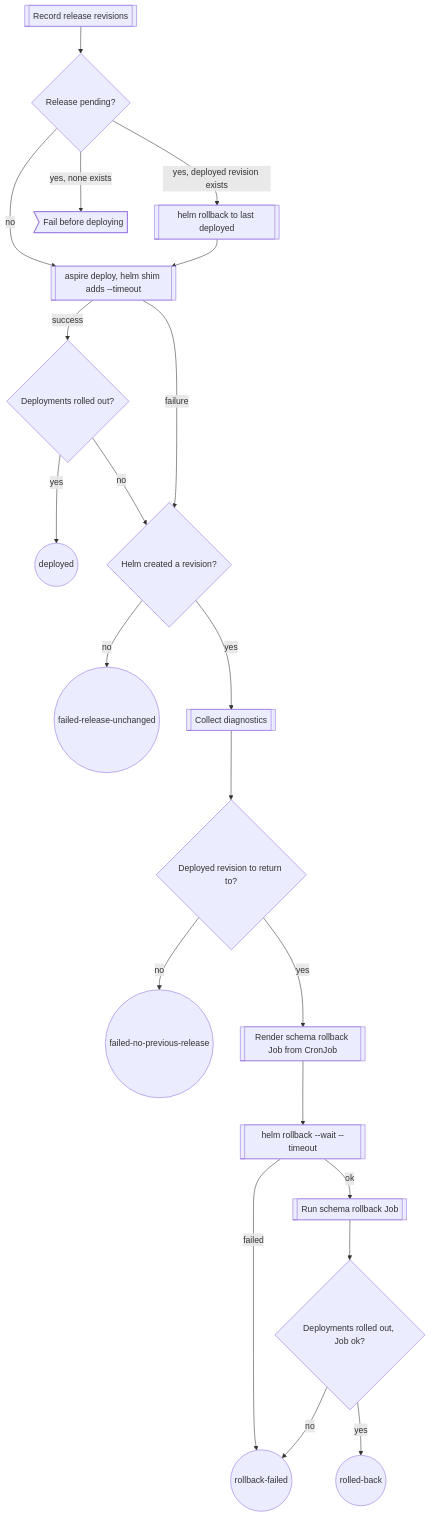
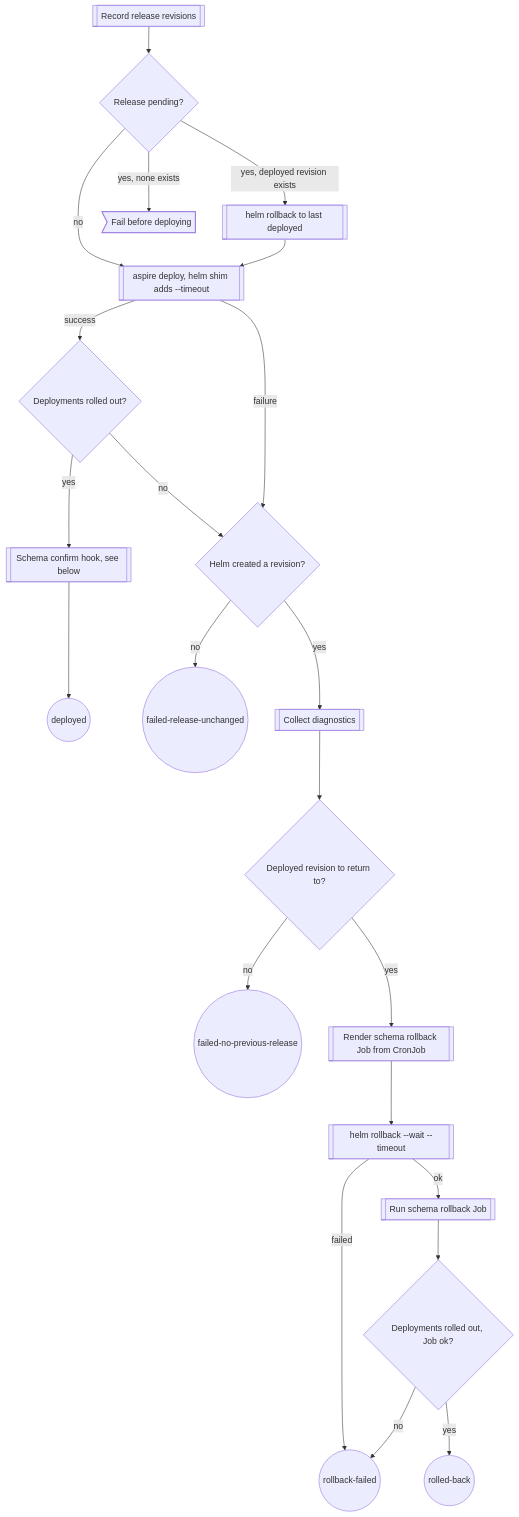
One commit to ArkanisCorporation/ci changed the first of 3 diagrams in docs/deployments.md. Above: the diagram before and after it, drawn with Mermaid. The commit also changed other lines of this file and 17 other files, not shown here.

````diff
--- a/docs/deployments.md
+++ b/docs/deployments.md
@@ -43,23 +43,24 @@
 ```mermaid
 flowchart TD
   record[[Record release revisions]] --> stuck{Release pending?}
   stuck -->|"yes, deployed revision exists"| recover[[helm rollback to last deployed]]
   stuck -->|"yes, none exists"| stop>Fail before deploying]
   stuck -->|no| deploy[[aspire deploy, helm shim adds --timeout]]
   recover --> deploy
   deploy -->|success| verify{Deployments rolled out?}
-  verify -->|yes| deployed(("deployed"))
+  verify -->|yes| confirm[[Schema confirm hook, see below]]
+  confirm --> deployed(("deployed"))
   verify -->|no| changed
   deploy -->|failure| changed{Helm created a revision?}
   changed -->|no| unchanged(("failed-release-unchanged"))
   changed -->|yes| diag[[Collect diagnostics]]
   diag --> previous{Deployed revision to return to?}
   previous -->|no| first(("failed-no-previous-release"))
   previous -->|yes| render[[Render schema rollback Job from CronJob]]
   render --> rollback[[helm rollback --wait --timeout]]
   rollback -->|failed| failed(("rollback-failed"))
   rollback -->|ok| schema[[Run schema rollback Job]]
   schema --> reverify{Deployments rolled out, Job ok?}
   reverify -->|yes| rolledBack(("rolled-back"))
   reverify -->|no| failed
 ```
````
